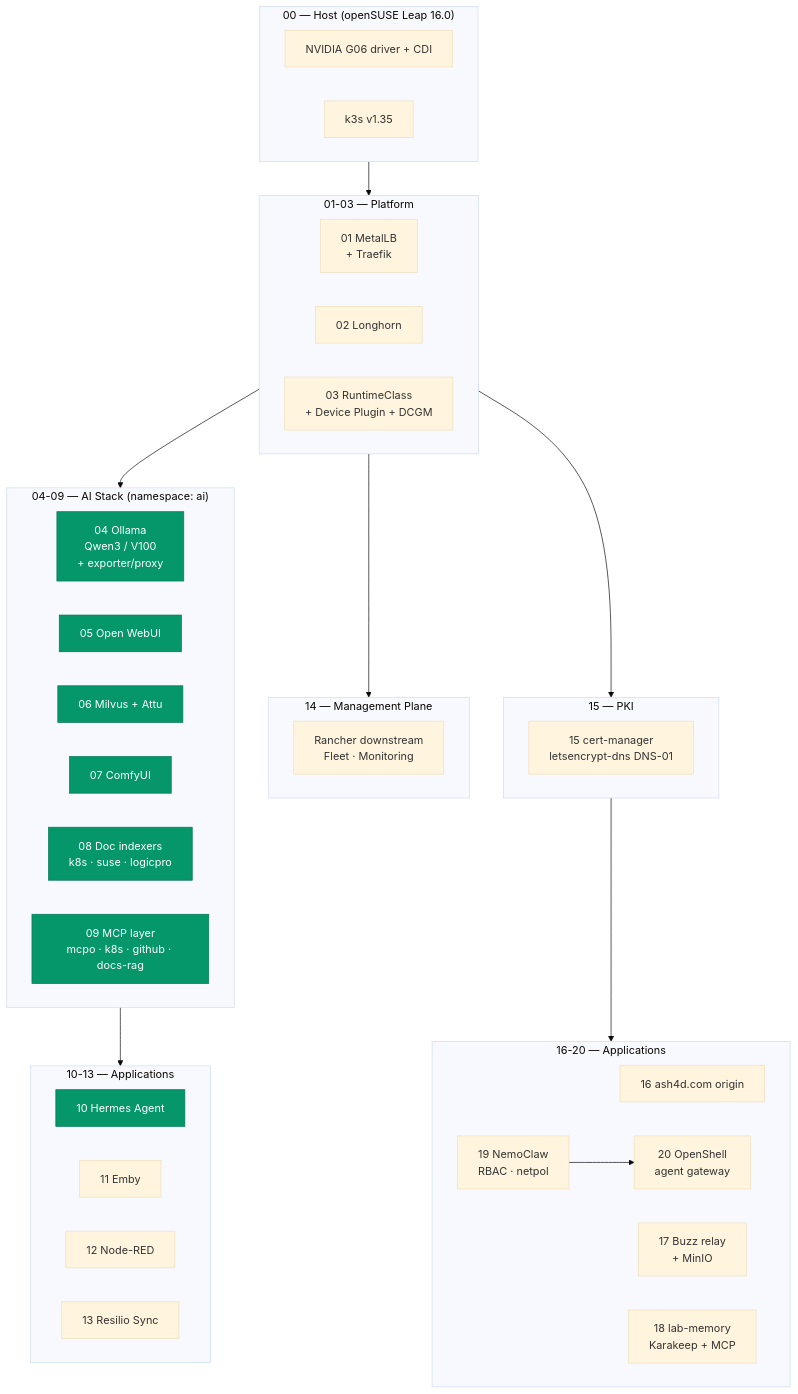
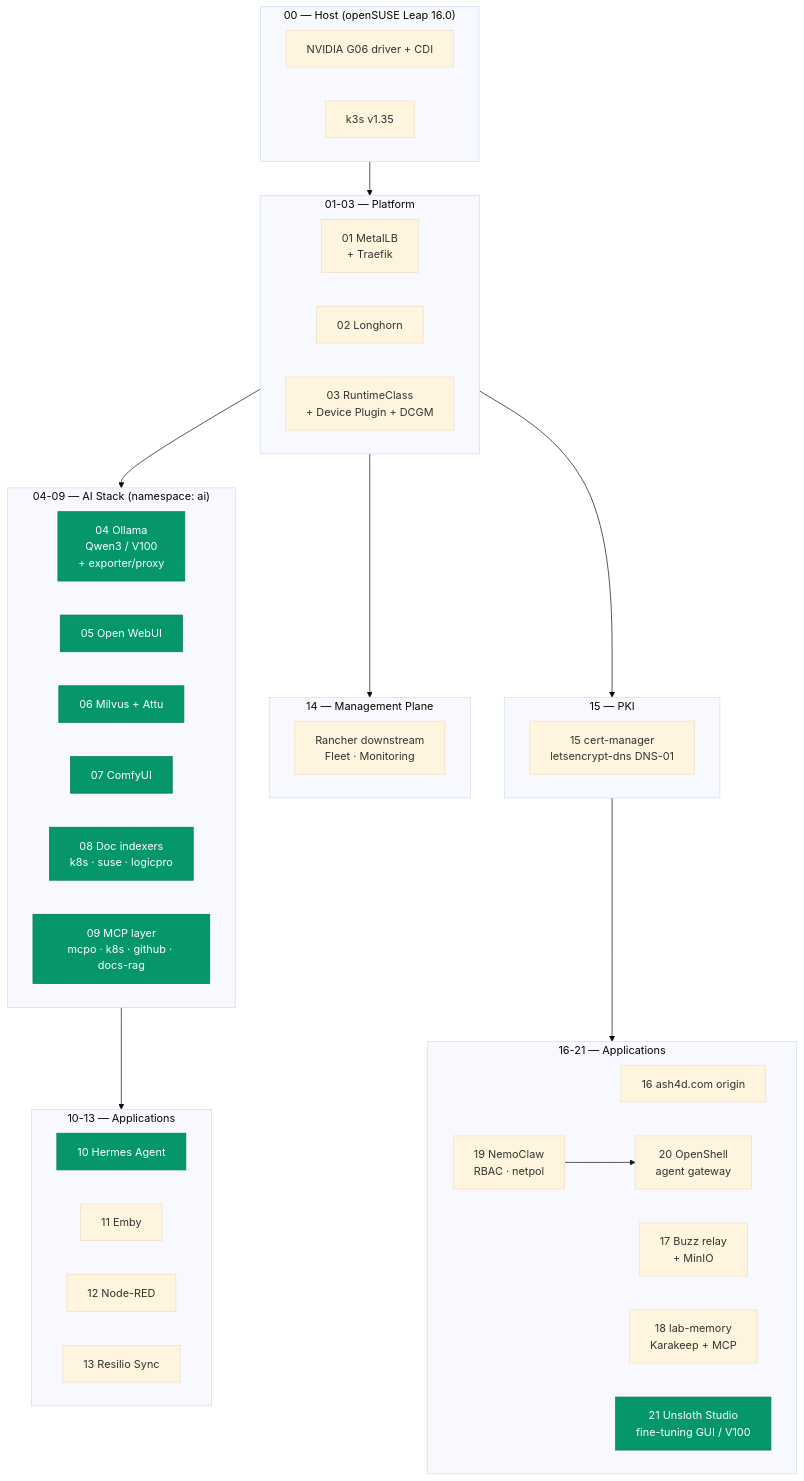
The first of 2 diagrams in README.md (darthzen/lab-fleet), drawn with Mermaid (base theme) before and after one commit. The commit also changed other lines of this file and 4 other files, not shown here.

First line of the commit message:
Add 21-unsloth-studio: Unsloth Studio fine-tuning GUI bundle

````diff
--- a/README.md
+++ b/README.md
@@ -11,54 +11,55 @@
 ```mermaid
 flowchart TD
     subgraph host["00 — Host (openSUSE Leap 16.0)"]
         DRIVER[NVIDIA G06 driver + CDI]
         K3S[k3s v1.35]
     end
 
     subgraph platform["01-03 — Platform"]
         METALLB[01 MetalLB<br/>+ Traefik]
         LONGHORN[02 Longhorn]
         GPU[03 RuntimeClass<br/>+ Device Plugin + DCGM]
     end
 
     subgraph ai["04-09 — AI Stack (namespace: ai)"]
         OLLAMA[04 Ollama<br/>Qwen3 / V100<br/>+ exporter/proxy]
         OWUI[05 Open WebUI]
         MILVUS[06 Milvus + Attu]
         COMFY[07 ComfyUI]
         INDEXER[08 Doc indexers<br/>k8s · suse · logicpro]
         MCP[09 MCP layer<br/>mcpo · k8s · github · docs-rag]
     end
 
     subgraph apps["10-13 — Applications"]
         HERMES[10 Hermes Agent]
         EMBY[11 Emby]
         NODERED[12 Node-RED]
         RESILIO[13 Resilio Sync]
     end
 
     subgraph mgmt["14 — Management Plane"]
         RANCHER[Rancher downstream<br/>Fleet · Monitoring]
     end
 
     subgraph pki["15 — PKI"]
         CERTMGR[15 cert-manager<br/>letsencrypt-dns DNS-01]
     end
 
-    subgraph more["16-20 — Applications"]
+    subgraph more["16-21 — Applications"]
         ORIGIN[16 ash4d.com origin]
         BUZZ[17 Buzz relay<br/>+ MinIO]
         MEMORY[18 lab-memory<br/>Karakeep + MCP]
         NEMO[19 NemoClaw<br/>RBAC · netpol]
         OPENSHELL[20 OpenShell<br/>agent gateway]
+        UNSLOTH[21 Unsloth Studio<br/>fine-tuning GUI / V100]
     end
 
     host --> platform --> ai --> apps
     platform --> mgmt
     platform --> pki
     pki --> more
     NEMO --> OPENSHELL
 
     classDef ai_c fill:#059669,stroke:#047857,color:#fff
-    class OLLAMA,OWUI,MILVUS,COMFY,INDEXER,MCP,HERMES ai_c
+    class OLLAMA,OWUI,MILVUS,COMFY,INDEXER,MCP,HERMES,UNSLOTH ai_c
 ```
````
